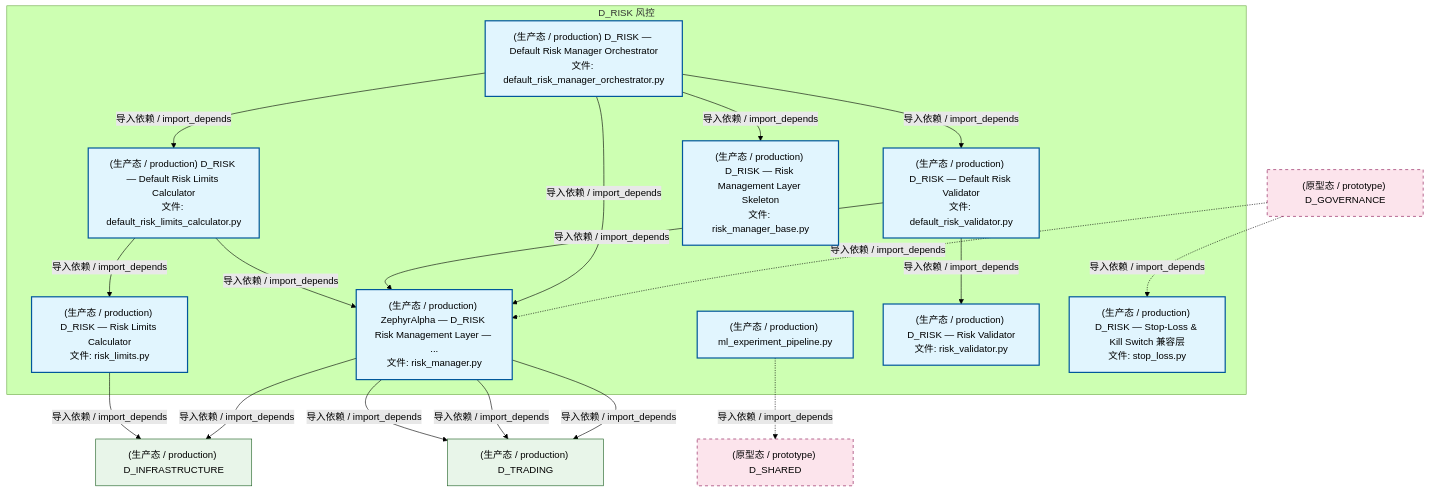
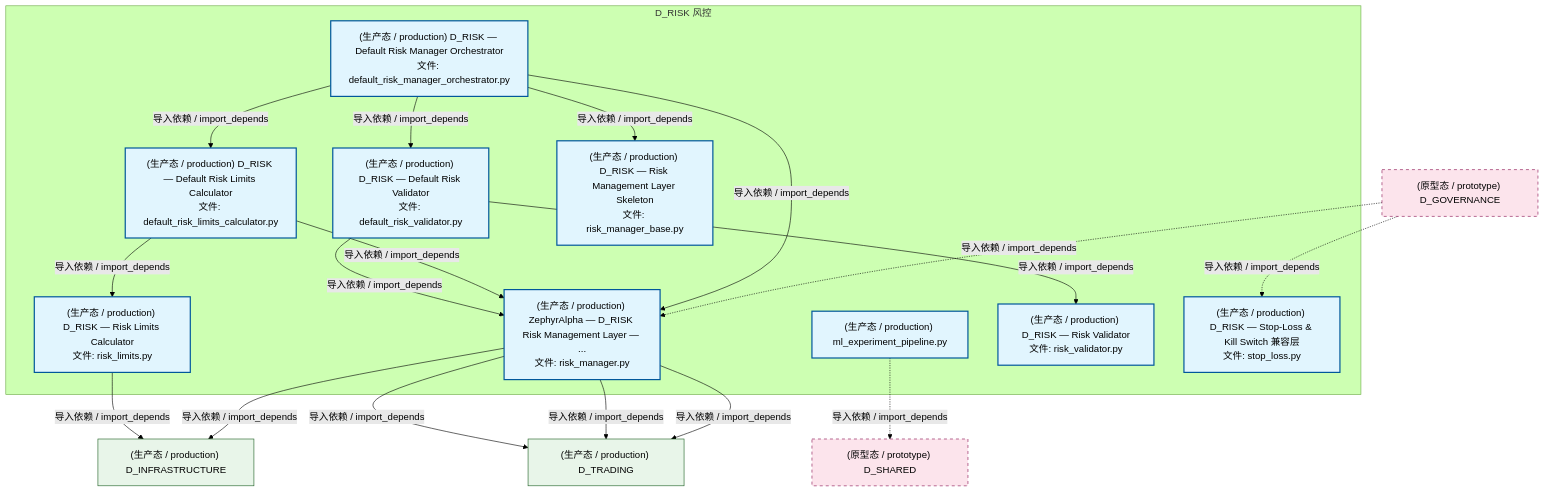
One commit to xuanFelixVan/ZephyrAlpha changed the second of 4 diagrams in docs/02_enterprise_architecture/02_domain_architecture_docs/54_d_risk.md. Above: the diagram before and after it, drawn with Mermaid (forest theme). The commit also changed other lines of this file and 126 other files, not shown here.

````diff
--- a/docs/02_enterprise_architecture/02_domain_architecture_docs/54_d_risk.md
+++ b/docs/02_enterprise_architecture/02_domain_architecture_docs/54_d_risk.md
@@ -187,41 +187,41 @@
 ```mermaid
 graph TD
     subgraph D_RISK["D_RISK 风控"]
         src_zephyr_risk_cross_asset_cross_market_data_adapter_ml_experiment_pipeline_py["(生产态 / production) ml_experiment_pipeline.py"]
         src_zephyr_risk_implementations_default_risk_limits_calculator_py["(生产态 / production) D_RISK — Default Risk Limits Calculator<br/>文件: default_risk_limits_calculator.py"]
         src_zephyr_risk_implementations_default_risk_manager_orchestrator_py["(生产态 / production) D_RISK — Default Risk Manager Orchestrator<br/>文件: default_risk_manager_orchestrator.py"]
         src_zephyr_risk_implementations_default_risk_validator_py["(生产态 / production) D_RISK — Default Risk Validator<br/>文件: default_risk_validator.py"]
         src_zephyr_risk_risk_limits_py["(生产态 / production) D_RISK — Risk Limits Calculator<br/>文件: risk_limits.py"]
         src_zephyr_risk_risk_manager_py["(生产态 / production) ZephyrAlpha — D_RISK Risk Management Layer — ...<br/>文件: risk_manager.py"]
         src_zephyr_risk_risk_manager_base_py["(生产态 / production) D_RISK — Risk Management Layer Skeleton<br/>文件: risk_manager_base.py"]
         src_zephyr_risk_risk_validator_py["(生产态 / production) D_RISK — Risk Validator<br/>文件: risk_validator.py"]
         src_zephyr_risk_stop_loss_py["(生产态 / production) D_RISK — Stop-Loss & Kill Switch 兼容层<br/>文件: stop_loss.py"]
     end
+    src_zephyr_risk_implementations_default_risk_validator_py -->|导入依赖 / import_depends| src_zephyr_risk_risk_validator_py
+    src_zephyr_risk_implementations_default_risk_validator_py -->|导入依赖 / import_depends| src_zephyr_risk_risk_manager_py
     src_zephyr_risk_implementations_default_risk_limits_calculator_py -->|导入依赖 / import_depends| src_zephyr_risk_risk_limits_py
     src_zephyr_risk_implementations_default_risk_limits_calculator_py -->|导入依赖 / import_depends| src_zephyr_risk_risk_manager_py
-    src_zephyr_risk_implementations_default_risk_validator_py -->|导入依赖 / import_depends| src_zephyr_risk_risk_manager_py
-    src_zephyr_risk_implementations_default_risk_validator_py -->|导入依赖 / import_depends| src_zephyr_risk_risk_validator_py
+    src_zephyr_risk_implementations_default_risk_manager_orchestrator_py -->|导入依赖 / import_depends| src_zephyr_risk_risk_manager_base_py
     src_zephyr_risk_implementations_default_risk_manager_orchestrator_py -->|导入依赖 / import_depends| src_zephyr_risk_risk_manager_py
-    src_zephyr_risk_implementations_default_risk_manager_orchestrator_py -->|导入依赖 / import_depends| src_zephyr_risk_risk_manager_base_py
+    src_zephyr_risk_implementations_default_risk_manager_orchestrator_py -->|导入依赖 / import_depends| src_zephyr_risk_implementations_default_risk_validator_py
     src_zephyr_risk_implementations_default_risk_manager_orchestrator_py -->|导入依赖 / import_depends| src_zephyr_risk_implementations_default_risk_limits_calculator_py
-    src_zephyr_risk_implementations_default_risk_manager_orchestrator_py -->|导入依赖 / import_depends| src_zephyr_risk_implementations_default_risk_validator_py
     D_INFRASTRUCTURE["(生产态 / production) D_INFRASTRUCTURE"]
     src_zephyr_risk_risk_limits_py -->|导入依赖 / import_depends| D_INFRASTRUCTURE
     src_zephyr_risk_risk_manager_py -->|导入依赖 / import_depends| D_INFRASTRUCTURE
     D_TRADING["(生产态 / production) D_TRADING"]
     src_zephyr_risk_risk_manager_py -->|导入依赖 / import_depends| D_TRADING
     src_zephyr_risk_risk_manager_py -->|导入依赖 / import_depends| D_TRADING
     src_zephyr_risk_risk_manager_py -->|导入依赖 / import_depends| D_TRADING
     D_SHARED["(原型态 / prototype) D_SHARED"]
     src_zephyr_risk_cross_asset_cross_market_data_adapter_ml_experiment_pipeline_py -.->|导入依赖 / import_depends| D_SHARED
     D_GOVERNANCE["(原型态 / prototype) D_GOVERNANCE"]
+    D_GOVERNANCE -.->|导入依赖 / import_depends| src_zephyr_risk_stop_loss_py
     D_GOVERNANCE -.->|导入依赖 / import_depends| src_zephyr_risk_risk_manager_py
-    D_GOVERNANCE -.->|导入依赖 / import_depends| src_zephyr_risk_stop_loss_py
     classDef production fill:#e1f5fe,stroke:#01579b,stroke-width:2px,color:#000
     classDef design fill:#fff3e0,stroke:#e65100,stroke-width:2px,color:#000,stroke-dasharray: 5 5
     classDef external_prod fill:#e8f5e9,stroke:#1b5e20,stroke-width:1px,color:#000
     classDef external_design fill:#fce4ec,stroke:#880e4f,stroke-width:1px,color:#000,stroke-dasharray: 5 5
     class src_zephyr_risk_cross_asset_cross_market_data_adapter_ml_experiment_pipeline_py,src_zephyr_risk_implementations_default_risk_limits_calculator_py,src_zephyr_risk_implementations_default_risk_manager_orchestrator_py,src_zephyr_risk_implementations_default_risk_validator_py,src_zephyr_risk_risk_limits_py,src_zephyr_risk_risk_manager_py,src_zephyr_risk_risk_manager_base_py,src_zephyr_risk_risk_validator_py,src_zephyr_risk_stop_loss_py production
     class D_INFRASTRUCTURE,D_TRADING external_prod
     class D_SHARED,D_GOVERNANCE external_design
 ```
````
